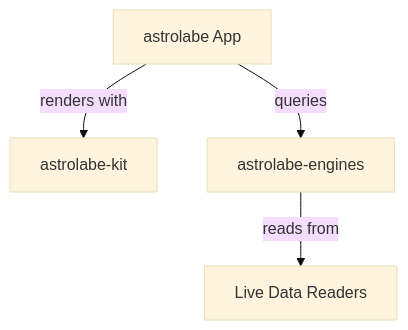
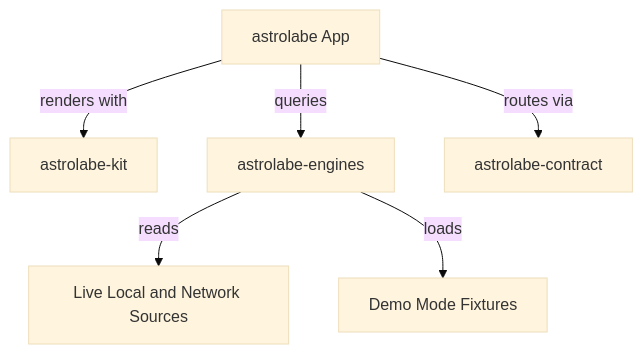
The diagram in docs/architecture/index.md (AhmedKhan-GH/astrolabe), drawn with Mermaid (base theme) before and after one commit. The commit also changed other lines of this file and 5 other files, not shown here.

Commit message:
Remove open-core page and rewrite Introduction and Architecture docs

````diff
--- a/docs/architecture/index.md
+++ b/docs/architecture/index.md
@@ -9,6 +9,8 @@
 ```mermaid
 flowchart TB
     app[astrolabe App] -->|renders with| kit[astrolabe-kit]
     app -->|queries| engines[astrolabe-engines]
-    engines -->|reads from| readers[Live Data Readers]
+    app -->|routes via| contract[astrolabe-contract]
+    engines -->|reads| live[Live Local and Network Sources]
+    engines -->|loads| demo[Demo Mode Fixtures]
 ```
````
